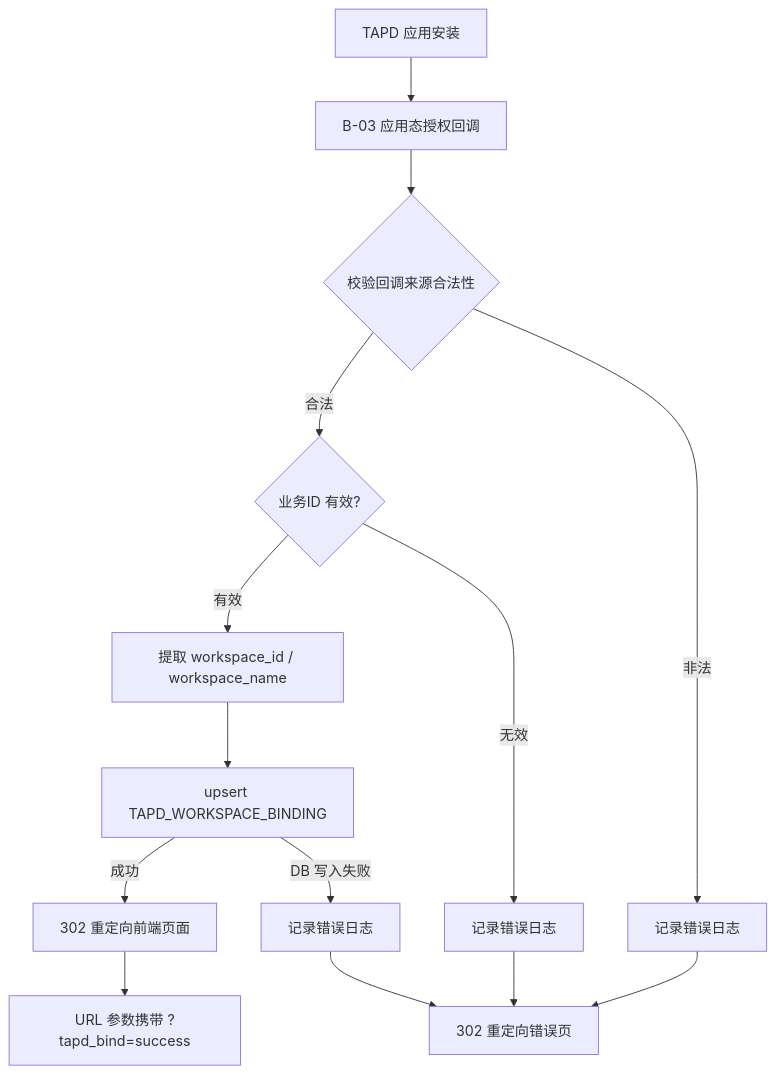
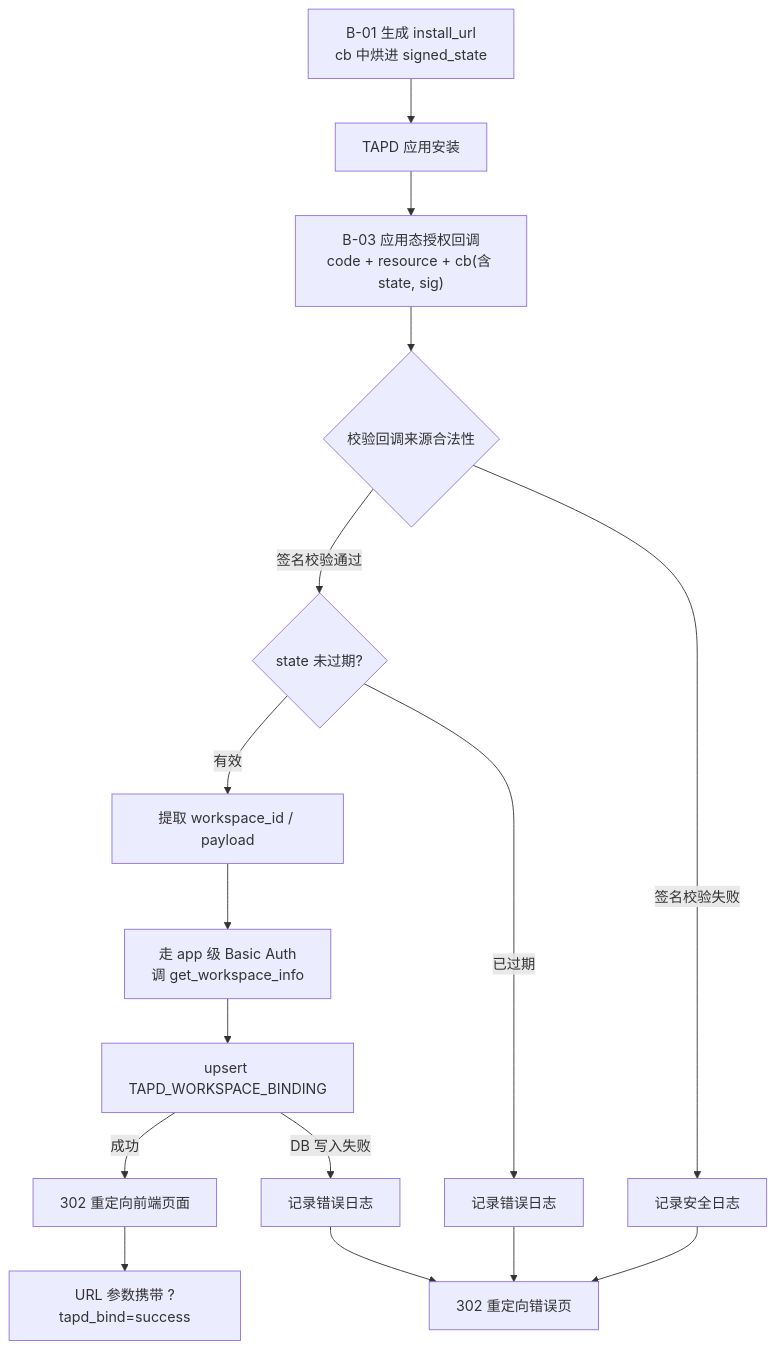
The third of 5 diagrams in requirements/integration/2026-06-15-TAPD授权与建单/data-flow-model.md (HACK-WU/bk-monitor-wiki), drawn with Mermaid before and after one commit. The commit also changed other lines of this file and 34 other files, not shown here.

````diff
--- a/requirements/integration/2026-06-15-TAPD授权与建单/data-flow-model.md
+++ b/requirements/integration/2026-06-15-TAPD授权与建单/data-flow-model.md
@@ -197,13 +170,15 @@
 ```mermaid
 flowchart TD
-    A[TAPD 应用安装] --> B[B-03 应用态授权回调]
-    B --> C{校验回调来源合法性}
-    C -->|合法| D{业务ID 有效?}
-    C -->|非法| ERR1[记录错误日志] --> REDIR_ERR[302 重定向错误页]
-    D -->|有效| E[提取 workspace_id / workspace_name]
-    D -->|无效| ERR2[记录错误日志] --> REDIR_ERR
-    E --> F[upsert TAPD_WORKSPACE_BINDING]
-    F -->|成功| G[302 重定向前端页面]
-    G --> H["URL 参数携带 ?tapd_bind=success"]
-    F -->|DB 写入失败| ERR3[记录错误日志] --> REDIR_ERR
+    A["B-01 生成 install_url\ncb 中烘进 signed_state"] --> B[TAPD 应用安装]
+    B --> C["B-03 应用态授权回调\ncode + resource + cb(含 state, sig)"]
+    C --> D{校验回调来源合法性}
+    D -->|签名校验通过| E{state 未过期?}
+    D -->|签名校验失败| ERR1[记录安全日志] --> REDIR_ERR[302 重定向错误页]
+    E -->|有效| F[提取 workspace_id / payload]
+    E -->|已过期| ERR2[记录错误日志] --> REDIR_ERR
+    F --> G[走 app 级 Basic Auth\n调 get_workspace_info]
+    G --> H[upsert TAPD_WORKSPACE_BINDING]
+    H -->|成功| I[302 重定向前端页面]
+    I --> J["URL 参数携带 ?tapd_bind=success"]
+    H -->|DB 写入失败| ERR3[记录错误日志] --> REDIR_ERR
 ```
````
